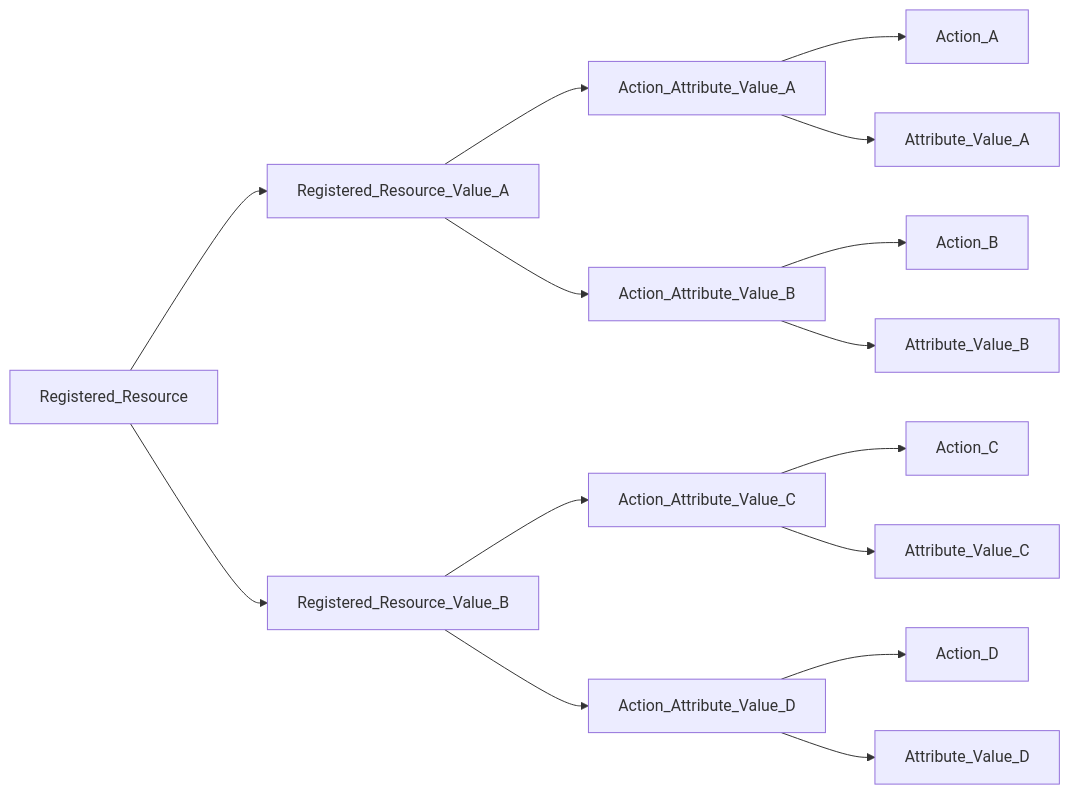
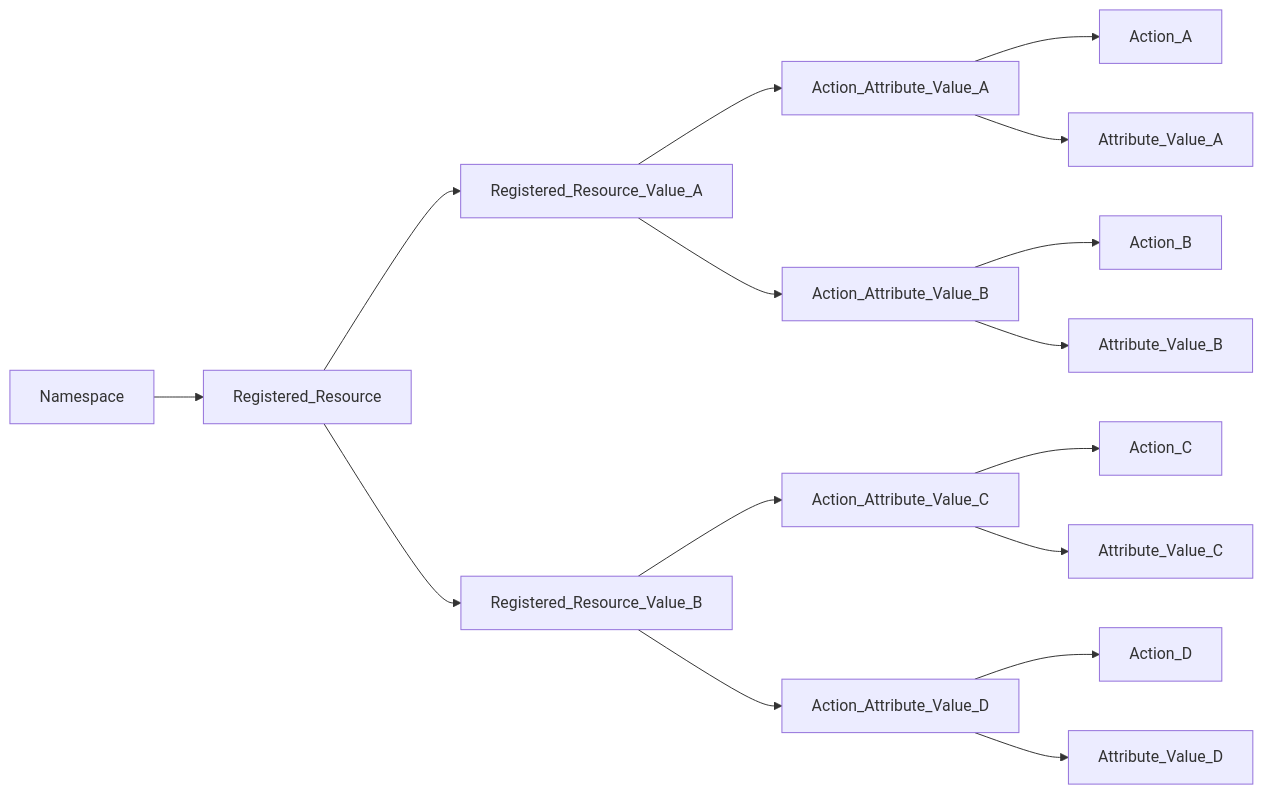
Before and after one commit to opentdf/docs: the diagram in docs/components/policy/registered_resources.md, drawn with Mermaid. The commit also changed other lines of this file and 4 other files, not shown here.

````diff
--- a/docs/components/policy/registered_resources.md
+++ b/docs/components/policy/registered_resources.md
@@ -23,22 +24,24 @@
 ```mermaid
 graph LR;
+
+Namespace-->Registered_Resource;
 
 Registered_Resource-->Registered_Resource_Value_A;
 Registered_Resource-->Registered_Resource_Value_B;
 
 Registered_Resource_Value_A-->Action_Attribute_Value_A;
 Registered_Resource_Value_A-->Action_Attribute_Value_B;
 
 Action_Attribute_Value_A-->Action_A;
 Action_Attribute_Value_A-->Attribute_Value_A;
 Action_Attribute_Value_B-->Action_B;
 Action_Attribute_Value_B-->Attribute_Value_B;
 
 Registered_Resource_Value_B-->Action_Attribute_Value_C;
 Registered_Resource_Value_B-->Action_Attribute_Value_D;
 Action_Attribute_Value_C-->Action_C;
 Action_Attribute_Value_C-->Attribute_Value_C;
 Action_Attribute_Value_D-->Action_D;
 Action_Attribute_Value_D-->Attribute_Value_D;
 
 ```
````
